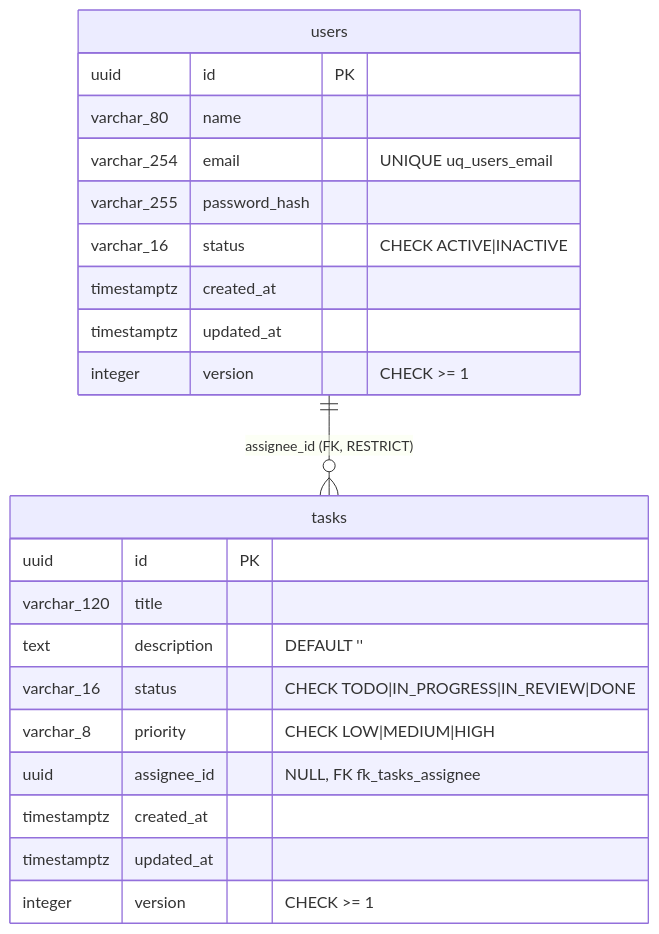
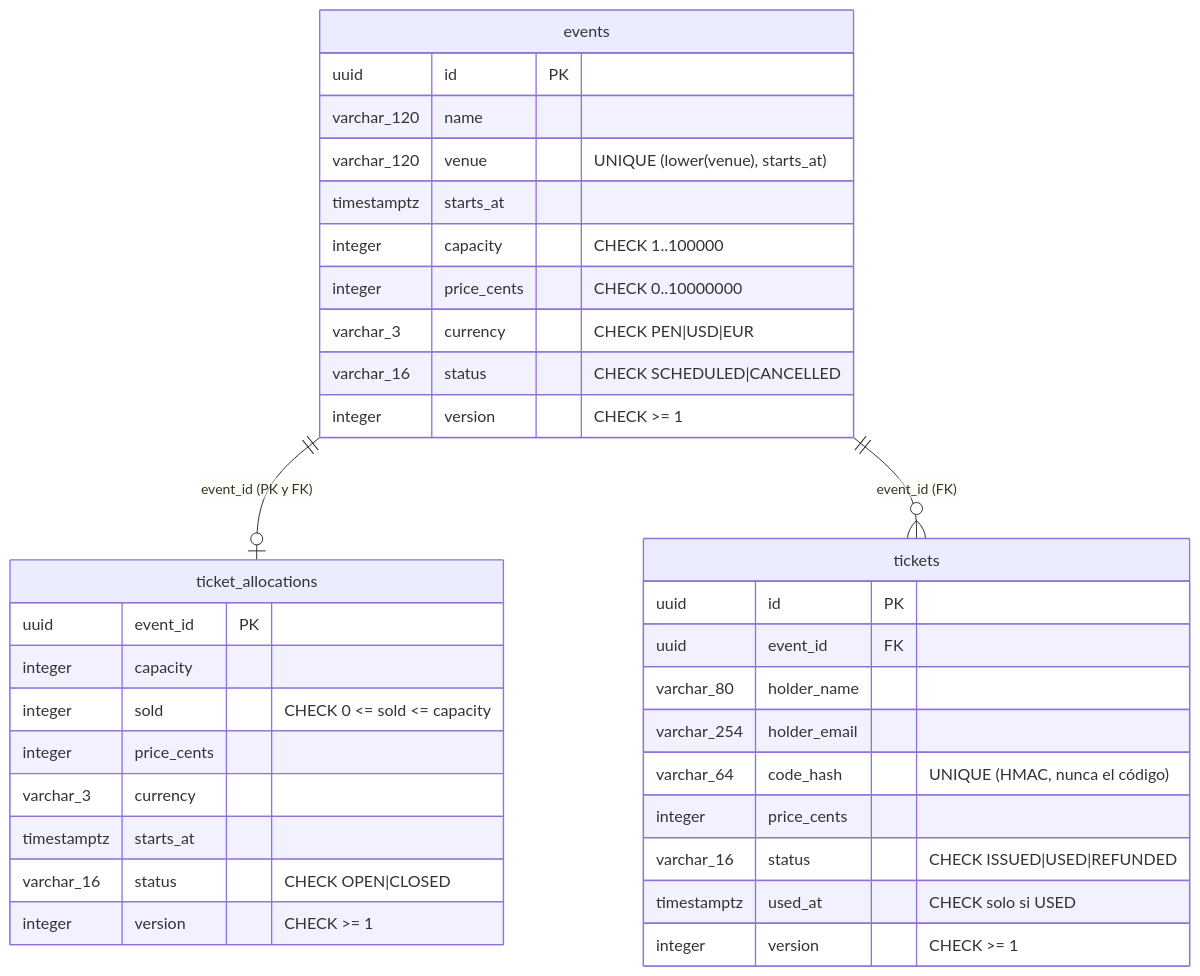
Before and after one commit to bryanramosing-ux/Tarea-Curso_NestJS: the diagram in docs/architecture/persistence.md, drawn with Mermaid. The commit also changed other lines of this file and 26 other files, not shown here.

First line of the commit message:
docs: rewrite README, guides, architecture, business rules (RN-001..RN-015), ADRs and audit for the ticketing domain

````diff
--- a/docs/architecture/persistence.md
+++ b/docs/architecture/persistence.md
@@ -21,25 +15,37 @@
 ```mermaid
 erDiagram
-  users ||--o{ tasks : "assignee_id (FK, RESTRICT)"
-  users {
+  events ||--o| ticket_allocations : "event_id (PK y FK)"
+  events ||--o{ tickets : "event_id (FK)"
+  events {
     uuid id PK
-    varchar_80 name
-    varchar_254 email "UNIQUE uq_users_email"
-    varchar_255 password_hash
-    varchar_16 status "CHECK ACTIVE|INACTIVE"
-    timestamptz created_at
-    timestamptz updated_at
+    varchar_120 name
+    varchar_120 venue "UNIQUE (lower(venue), starts_at)"
+    timestamptz starts_at
+    integer capacity "CHECK 1..100000"
+    integer price_cents "CHECK 0..10000000"
+    varchar_3 currency "CHECK PEN|USD|EUR"
+    varchar_16 status "CHECK SCHEDULED|CANCELLED"
     integer version "CHECK >= 1"
   }
-  tasks {
+  ticket_allocations {
+    uuid event_id PK
+    integer capacity
+    integer sold "CHECK 0 <= sold <= capacity"
+    integer price_cents
+    varchar_3 currency
+    timestamptz starts_at
+    varchar_16 status "CHECK OPEN|CLOSED"
+    integer version "CHECK >= 1"
+  }
+  tickets {
     uuid id PK
-    varchar_120 title
-    text description "DEFAULT ''"
-    varchar_16 status "CHECK TODO|IN_PROGRESS|IN_REVIEW|DONE"
-    varchar_8 priority "CHECK LOW|MEDIUM|HIGH"
-    uuid assignee_id "NULL, FK fk_tasks_assignee"
-    timestamptz created_at
-    timestamptz updated_at
+    uuid event_id FK
+    varchar_80 holder_name
+    varchar_254 holder_email
+    varchar_64 code_hash "UNIQUE (HMAC, nunca el código)"
+    integer price_cents
+    varchar_16 status "CHECK ISSUED|USED|REFUNDED"
+    timestamptz used_at "CHECK solo si USED"
     integer version "CHECK >= 1"
   }
 ```
````
